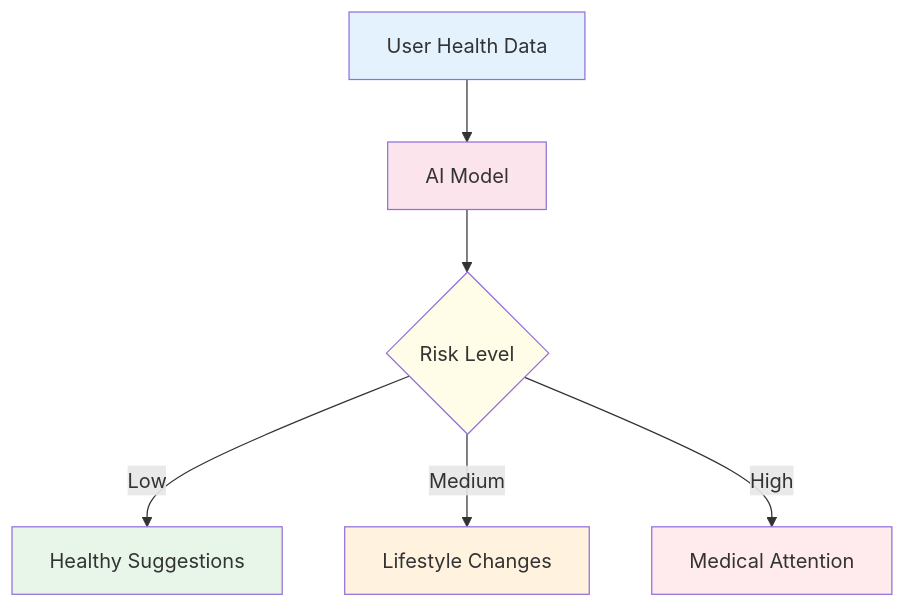
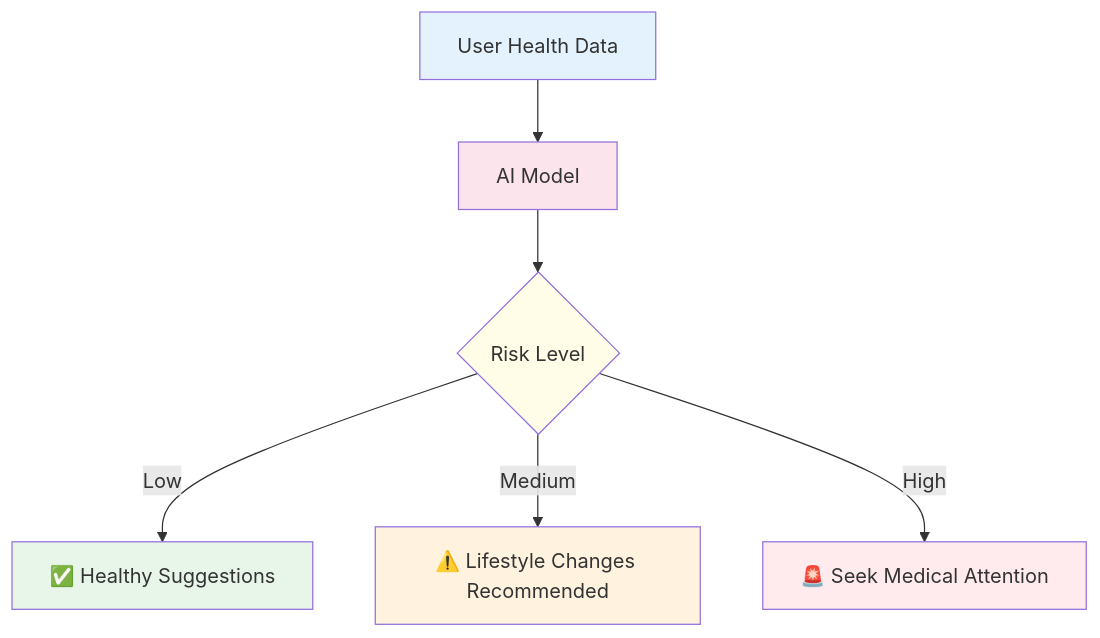
Before and after one commit to anikesh-17/JEEVA: the eighth of 8 diagrams in README.md, drawn with Mermaid. The commit also changed other lines of this file and 3 other files, not shown here.

````diff
--- a/README.md
+++ b/README.md
@@ -89,15 +287,15 @@
 ```mermaid
 flowchart TD
     A[User Health Data] --> B[AI Model]
     B --> C{Risk Level}
-    C -->|Low| D[Healthy Suggestions]
-    C -->|Medium| E[Lifestyle Changes]
-    C -->|High| F[Medical Attention]
+    C -->|Low| D[✅ Healthy Suggestions]
+    C -->|Medium| E[⚠️ Lifestyle Changes Recommended]
+    C -->|High| F[🚨 Seek Medical Attention]
 
     style A fill:#E3F2FD
     style B fill:#FCE4EC
     style C fill:#FFFDE7
     style D fill:#E8F5E9
     style E fill:#FFF3E0
     style F fill:#FFEBEE
 ```
````
